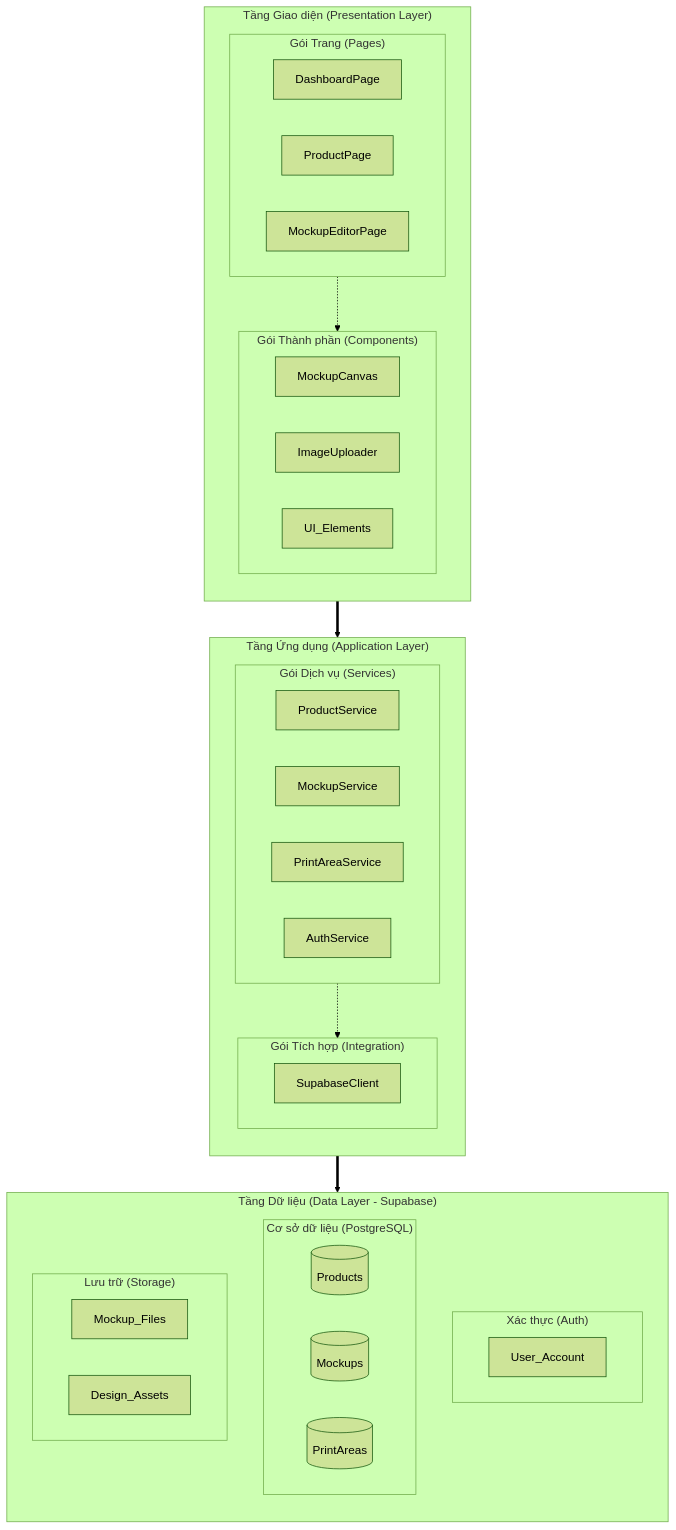
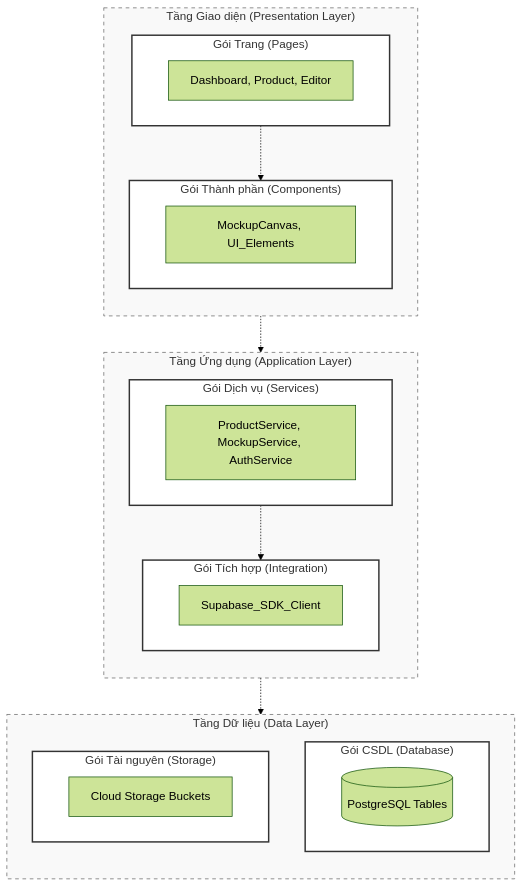
The diagram in package-diagram.md (yennh712/project-2), drawn with Mermaid (forest theme) before and after one commit.

Commit message:
Refactor package diagram for clarity and structure

````diff
--- a/package-diagram.md
+++ b/package-diagram.md
@@ -1,59 +1,49 @@
 ```mermaid
 flowchart TB
-    %% Tầng Presentation - Chỉ chứa logic hiển thị
-    subgraph PresentationLayer ["Tầng Giao diện (Presentation Layer)"]
+    %% Định nghĩa phong cách cho các khối
+    classDef package fill:#fff,stroke:#333,stroke-width:2px;
+    classDef layer fill:#f9f9f9,stroke:#666,stroke-width:1px,stroke-dasharray: 5 5;
+
+    %% TẦNG GIAO DIỆN (PRESENTATION LAYER)
+    subgraph PresentationLayer ["&nbsp; Tầng Giao diện (Presentation Layer) &nbsp;"]
         direction TB
-        subgraph ViewPages ["Gói Trang (Pages)"]
-            direction LR
-            P1[DashboardPage]
-            P2[ProductPage]
-            P3[MockupEditorPage]
+        subgraph Pages ["Gói Trang (Pages)"]
+            P[Dashboard, Product, Editor]
         end
-        subgraph ViewComponents ["Gói Thành phần (Components)"]
-            direction LR
-            C1[MockupCanvas]
-            C2[ImageUploader]
-            C3[UI_Elements]
+        subgraph Components ["Gói Thành phần (Components)"]
+            C[MockupCanvas, UI_Elements]
         end
-        ViewPages -.-> ViewComponents
+        Pages -.-> Components
     end
 
-    %% Tầng Application - Chứa logic nghiệp vụ điều phối
-    subgraph ApplicationLayer ["Tầng Ứng dụng (Application Layer)"]
+    %% TẦNG ỨNG DỤNG (APPLICATION LAYER)
+    subgraph ApplicationLayer ["&nbsp; Tầng Ứng dụng (Application Layer) &nbsp;"]
         direction TB
-        subgraph BusinessServices ["Gói Dịch vụ (Services)"]
-            direction LR
-            S1[ProductService]
-            S2[MockupService]
-            S3[PrintAreaService]
-            S4[AuthService]
+        subgraph Services ["Gói Dịch vụ (Services)"]
+            S[ProductService, MockupService, AuthService]
         end
         subgraph Integration ["Gói Tích hợp (Integration)"]
-            Client[SupabaseClient]
+            I[Supabase_SDK_Client]
         end
-        BusinessServices -.-> Integration
+        Services -.-> Integration
     end
 
-    %% Tầng Data - Quản lý lưu trữ và dữ liệu gốc
-    subgraph DataLayer ["Tầng Dữ liệu (Data Layer - Supabase)"]
+    %% TẦNG DỮ LIỆU (DATA LAYER)
+    subgraph DataLayer ["&nbsp; Tầng Dữ liệu (Data Layer) &nbsp;"]
         direction TB
-        subgraph AuthData ["Xác thực (Auth)"]
-            UserTable[User_Account]
+        subgraph Database ["Gói CSDL (Database)"]
+            DB[(PostgreSQL Tables)]
         end
-        subgraph DBData ["Cơ sở dữ liệu (PostgreSQL)"]
-            direction LR
-            T1[(Products)]
-            T2[(Mockups)]
-            T3[(PrintAreas)]
-        end
-        subgraph StorageData ["Lưu trữ (Storage)"]
-            direction LR
-            B1[Mockup_Files]
-            B2[Design_Assets]
+        subgraph Assets ["Gói Tài nguyên (Storage)"]
+            ST[Cloud Storage Buckets]
         end
     end
 
-    %% Các mối quan hệ phụ thuộc tuân thủ quy tắc thiết kế
-    PresentationLayer ==> ApplicationLayer
-    ApplicationLayer ==> DataLayer
+    %% CÁC MỐI QUAN HỆ PHỤ THUỘC (DEPENDENCIES)
+    PresentationLayer -.-> ApplicationLayer
+    ApplicationLayer -.-> DataLayer
+
+    %% Gán class để làm đẹp
+    class Pages,Components,Services,Integration,Database,Assets package;
+    class PresentationLayer,ApplicationLayer,DataLayer layer;
 ```
````
